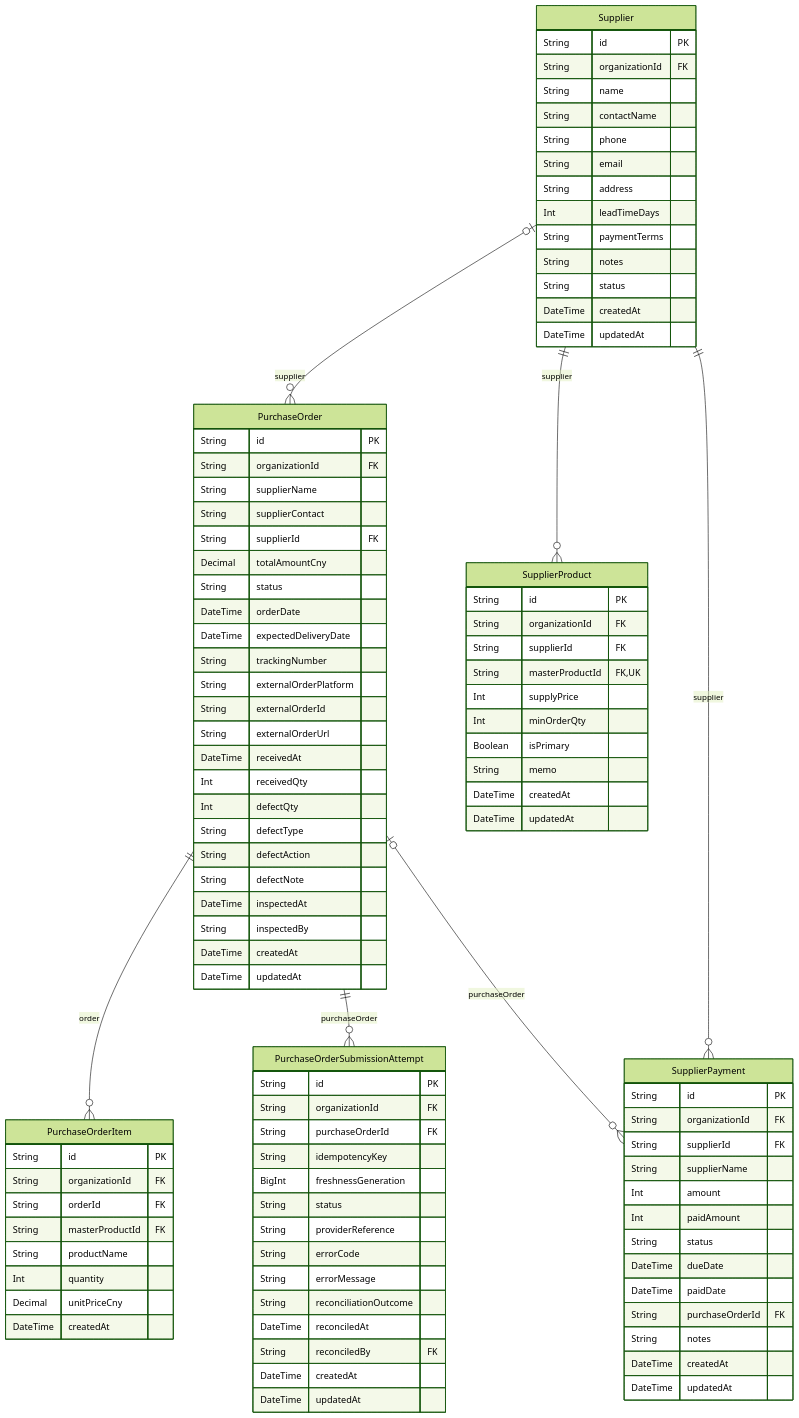
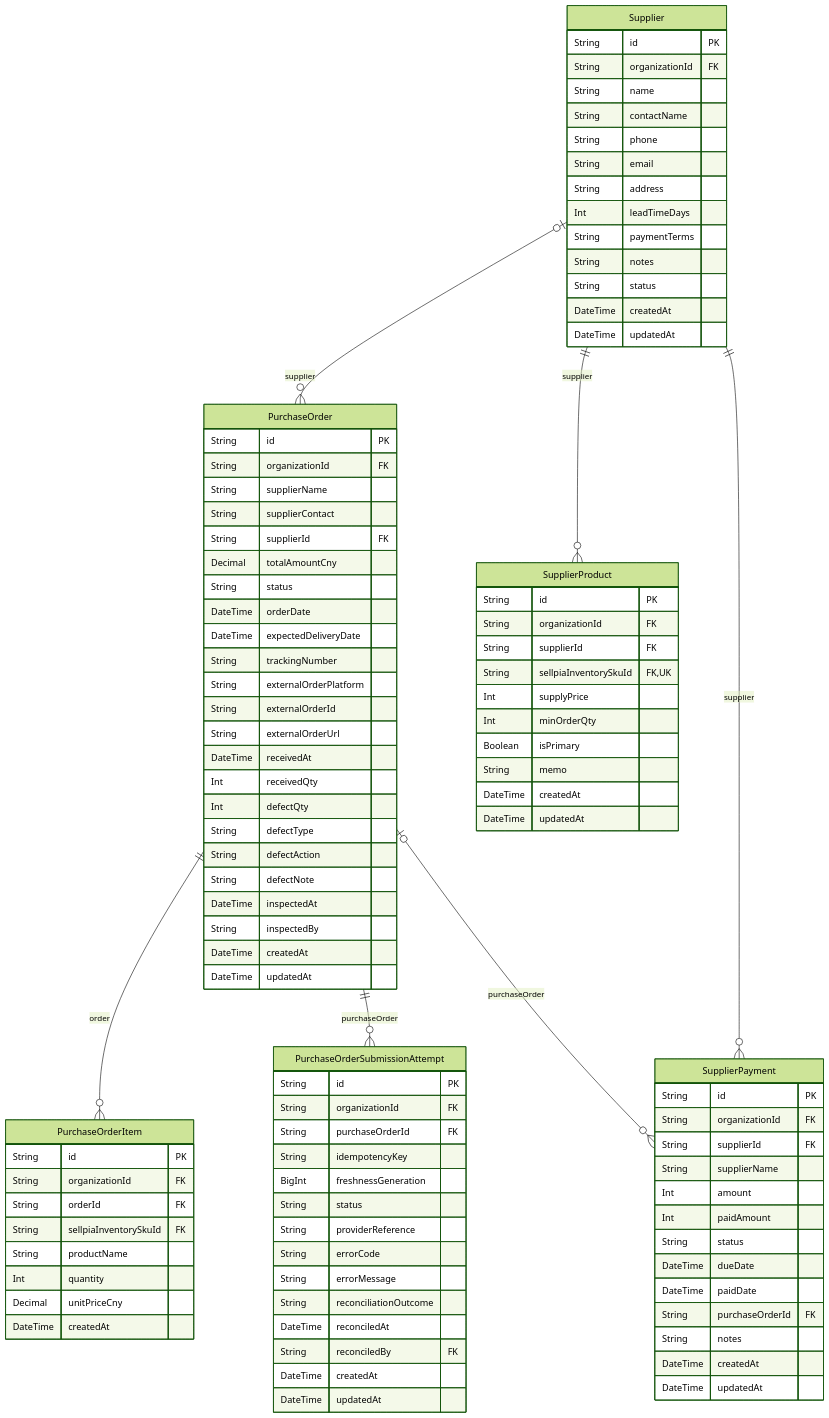
One commit to AgentFoundry-Labs/kiditem changed the diagram in docs/erd/supply.md. Above: the diagram before and after it, drawn with Mermaid (forest theme). The commit also changed other lines of this file and 76 other files, not shown here.

Commit message:
refactor: complete Sellpia inventory ownership cutover

```diff
--- a/docs/erd/supply.md
+++ b/docs/erd/supply.md
@@ -49,7 +49,7 @@
     String id PK
     String organizationId FK
     String orderId FK
-    String masterProductId FK
+    String sellpiaInventorySkuId FK
     String productName
     Int quantity
     Decimal unitPriceCny
@@ -105,7 +105,7 @@
     String id PK
     String organizationId FK
     String supplierId FK
-    String masterProductId FK,UK
+    String sellpiaInventorySkuId FK,UK
     Int supplyPrice
     Int minOrderQty
     Boolean isPrimary
```
